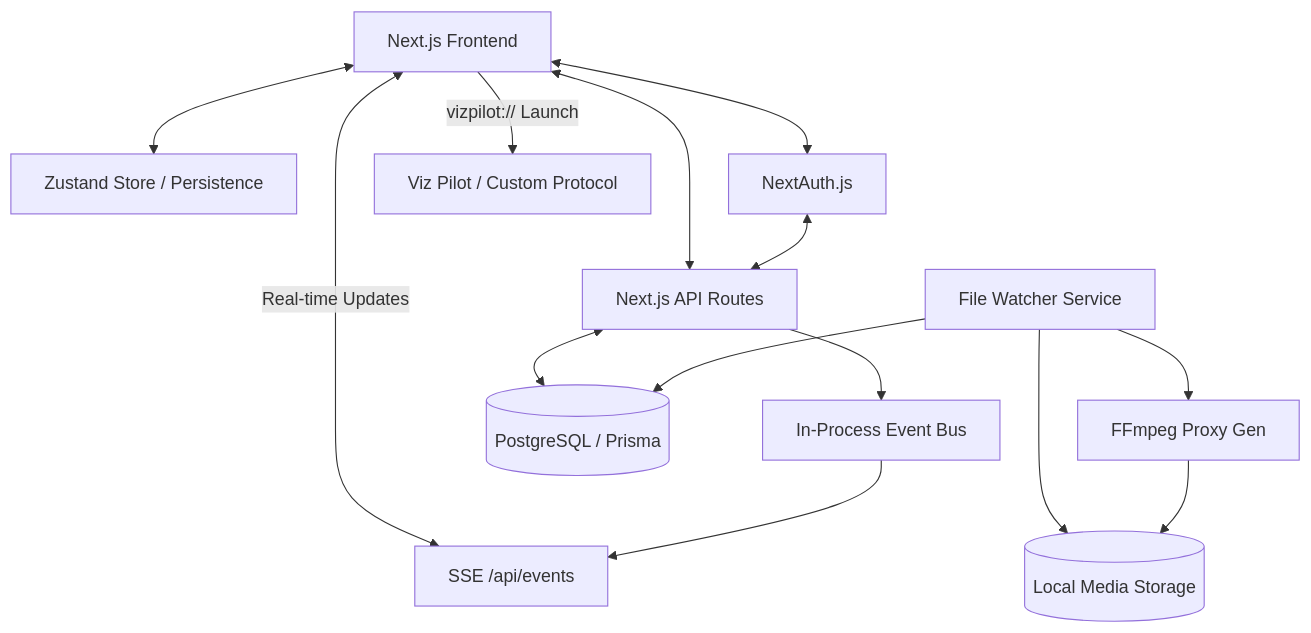
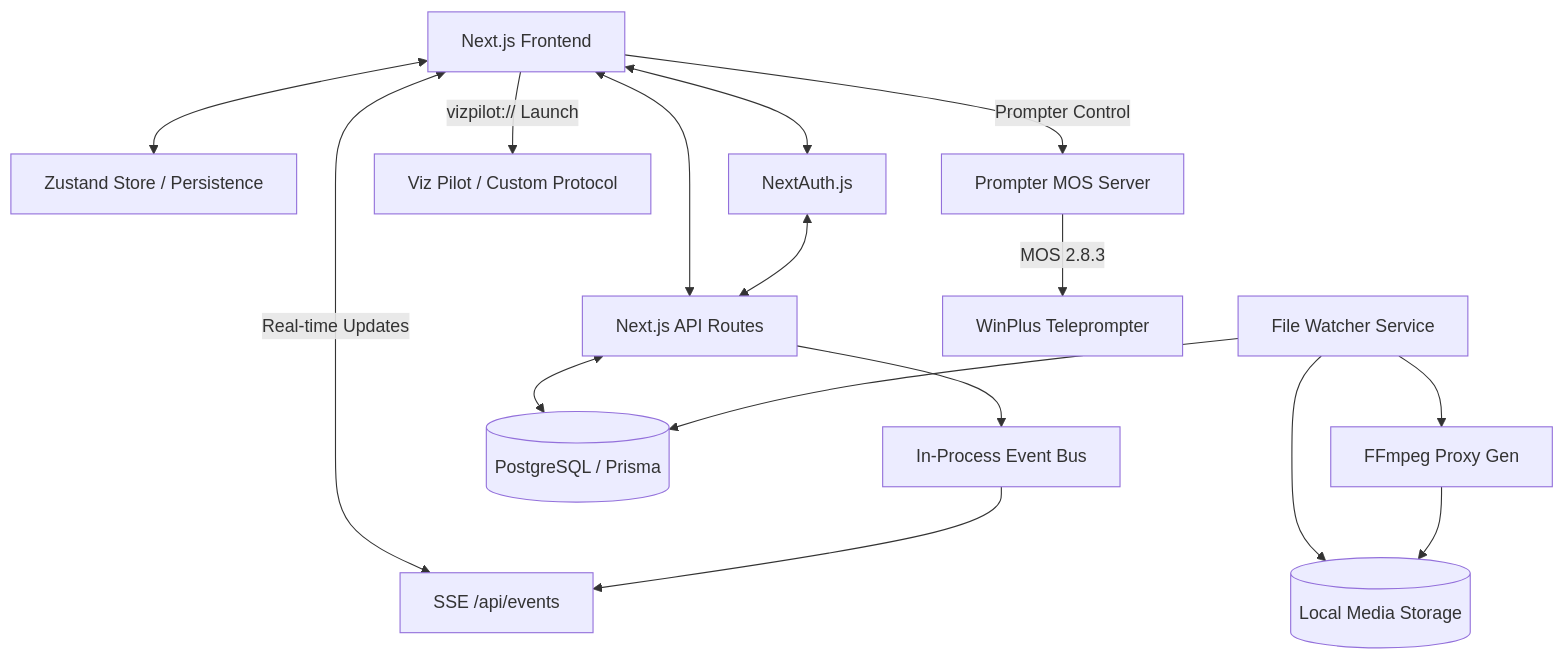
Before and after one commit to surajcopy925-pixel/News-Forge: the diagram in ARCHITECTURE.md, drawn with Mermaid. The commit also changed other lines of this file and 15 other files, not shown here.

Commit message:
feat: implement WinPlus Teleprompter MOS integration and Rundown logic fixes

````diff
--- a/ARCHITECTURE.md
+++ b/ARCHITECTURE.md
@@ -7,28 +7,32 @@
 ```mermaid
 graph TD
     Client[Next.js Frontend]
     Store[Zustand Store / Persistence]
     Auth[NextAuth.js]
     API[Next.js API Routes]
     SSE[SSE /api/events]
     EventBus[In-Process Event Bus]
     DB[(PostgreSQL / Prisma)]
     Files[(Local Media Storage)]
     Watcher[File Watcher Service]
     FFmpeg[FFmpeg Proxy Gen]
     VizPilot[Viz Pilot / Custom Protocol]
+    Prompter[Prompter MOS Server]
+    WinPlus[WinPlus Teleprompter]
 
     Client <--> Store
     Client <--> Auth
     Client <--> API
     Client <-- "Real-time Updates" --> SSE
     Auth <--> API
     API <--> DB
     API --> EventBus
     EventBus --> SSE
     Watcher --> Files
     Watcher --> DB
     Watcher --> FFmpeg
     FFmpeg --> Files
     Client -- "vizpilot:// Launch" --> VizPilot
+    Client -- "Prompter Control" --> Prompter
+    Prompter -- "MOS 2.8.3" --> WinPlus
 ```
````
